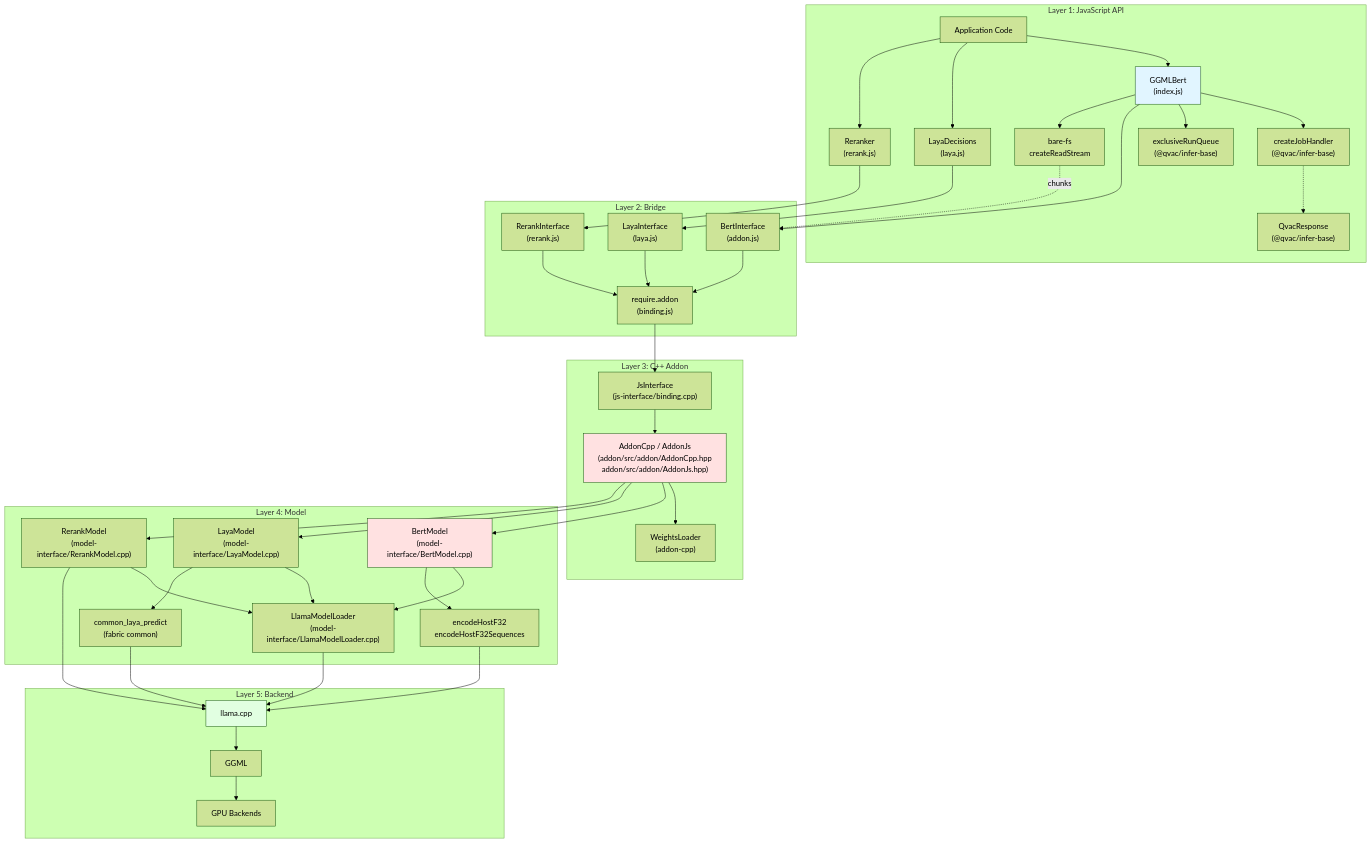
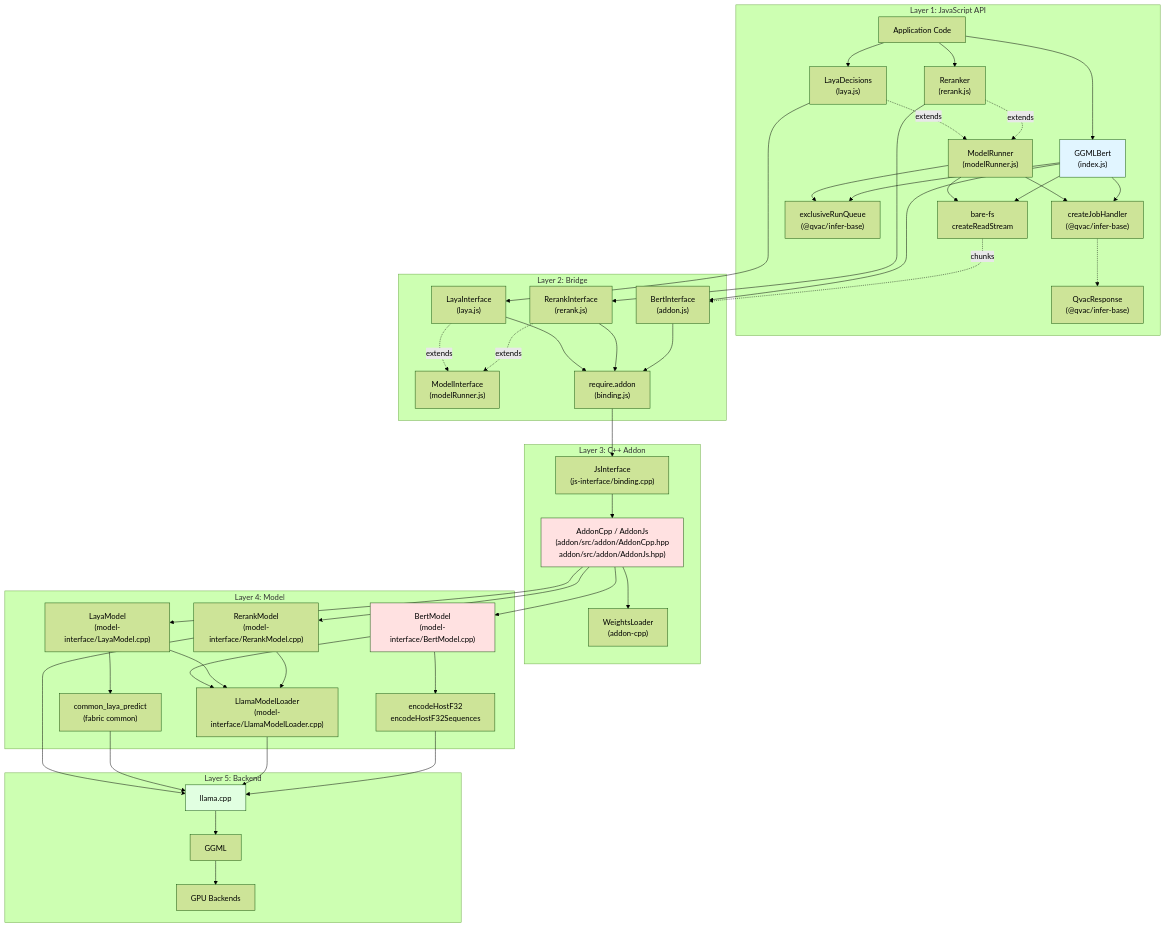
The third of 4 diagrams in packages/embed-llamacpp/docs/architecture.md (tetherto/qvac), drawn with Mermaid (forest theme) before and after one commit. The commit also changed other lines of this file and 12 other files, not shown here.

```diff
--- a/packages/embed-llamacpp/docs/architecture.md
+++ b/packages/embed-llamacpp/docs/architecture.md
@@ -253,6 +253,7 @@
         BERTCLASS["GGMLBert<br/>(index.js)"]
         LAYACLASS["LayaDecisions<br/>(laya.js)"]
         RERANKCLASS["Reranker<br/>(rerank.js)"]
+        MODELRUNNER["ModelRunner<br/>(modelRunner.js)"]
         JOB["createJobHandler<br/>(@qvac/infer-base)"]
         QUEUE["exclusiveRunQueue<br/>(@qvac/infer-base)"]
         RESPONSE["QvacResponse<br/>(@qvac/infer-base)"]
@@ -263,6 +264,7 @@
         BERTIF["BertInterface<br/>(addon.js)"]
         LAYAIF["LayaInterface<br/>(laya.js)"]
         RERANKIF["RerankInterface<br/>(rerank.js)"]
+        MODELIF["ModelInterface<br/>(modelRunner.js)"]
         BINDING["require.addon<br/>(binding.js)"]
     end
 
@@ -294,6 +296,13 @@
     APP --> RERANKCLASS
     RERANKCLASS --> RERANKIF
     RERANKIF --> BINDING
+    LAYACLASS -. extends .-> MODELRUNNER
+    RERANKCLASS -. extends .-> MODELRUNNER
+    LAYAIF -. extends .-> MODELIF
+    RERANKIF -. extends .-> MODELIF
+    MODELRUNNER --> JOB
+    MODELRUNNER --> QUEUE
+    MODELRUNNER --> BAREFS
     BERTCLASS --> JOB
     BERTCLASS --> QUEUE
     BERTCLASS --> BERTIF
```
